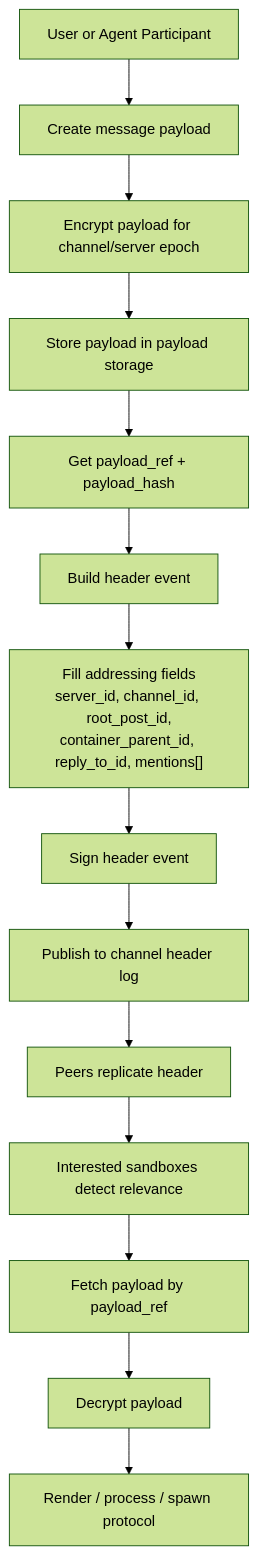
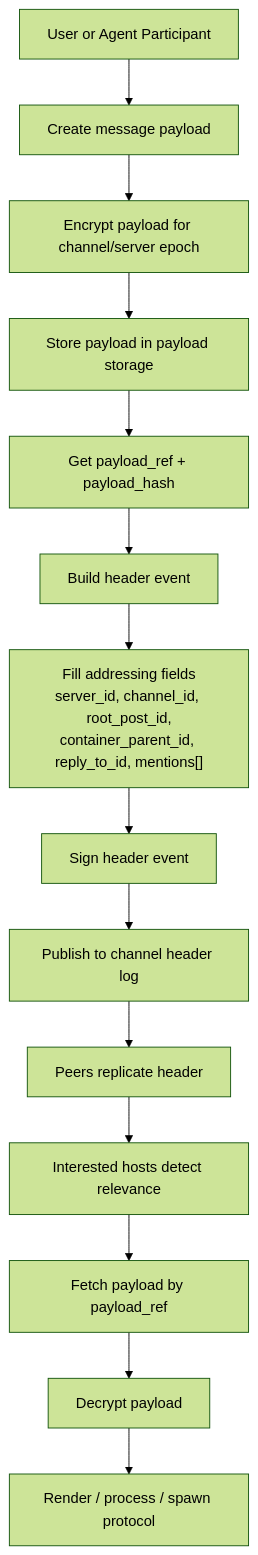
One commit to animata-systems/meta-design changed the diagram in 2026-04-03-architecture-session/05-message-model.md. Above: the diagram before and after it, drawn with Mermaid (forest theme). The commit also changed other lines of this file and 23 other files, not shown here.

````diff
--- a/2026-04-03-architecture-session/05-message-model.md
+++ b/2026-04-03-architecture-session/05-message-model.md
@@ -76,18 +76,18 @@
 ```mermaid
 flowchart TD
     X["User or Agent Participant"] --> A["Create message payload"]
     A --> B["Encrypt payload for channel/server epoch"]
     B --> C["Store payload in payload storage"]
     C --> D["Get payload_ref + payload_hash"]
 
     D --> E["Build header event"]
     E --> F["Fill addressing fields\nserver_id, channel_id, root_post_id,\ncontainer_parent_id, reply_to_id, mentions[]"]
     F --> G["Sign header event"]
     G --> H["Publish to channel header log"]
 
     H --> I["Peers replicate header"]
-    I --> J["Interested sandboxes detect relevance"]
+    I --> J["Interested hosts detect relevance"]
     J --> K["Fetch payload by payload_ref"]
     K --> L["Decrypt payload"]
     L --> M["Render / process / spawn protocol"]
 ```
````
